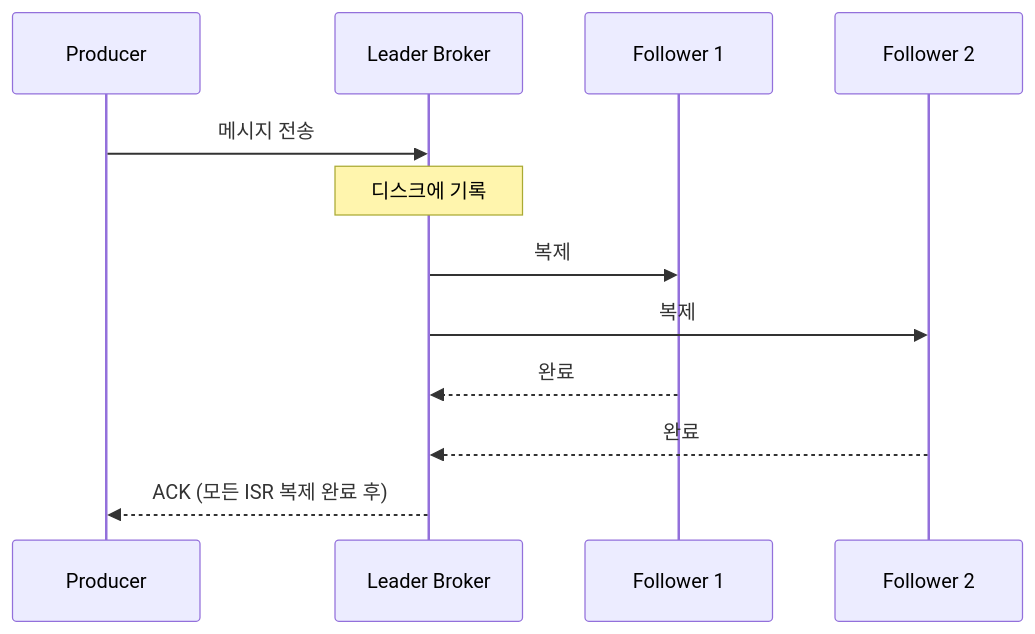
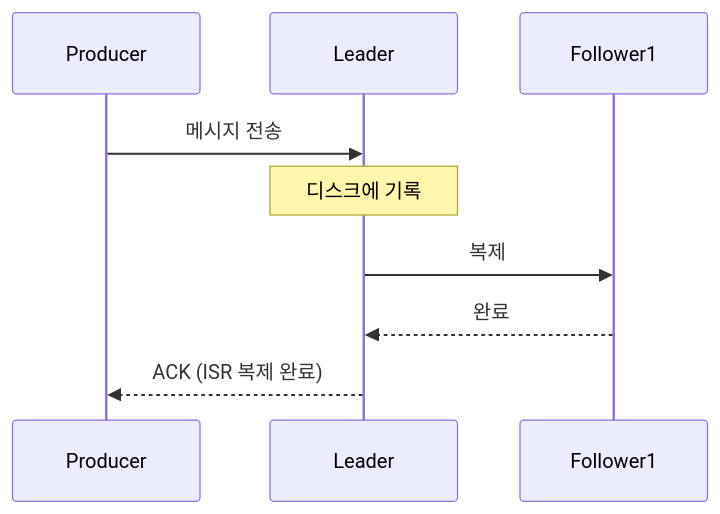
Before and after one commit to yjkim2015/yjkim2015.github.io: diagram 16 of 17 in _posts/kafka/2026-05-01-kafka-fundamentals.md, drawn with Mermaid. The commit also changed other lines of this file and 155 other files, not shown here.

First line of the commit message:
Mermaid 전면 수정: subgraph 제거, participant/노드/줄수 축소 (342블록)

````diff
--- a/_posts/kafka/2026-05-01-kafka-fundamentals.md
+++ b/_posts/kafka/2026-05-01-kafka-fundamentals.md
@@ -529,14 +487,11 @@
 ```mermaid
 sequenceDiagram
     participant P as Producer
-    participant L as Leader Broker
-    participant F1 as Follower 1
-    participant F2 as Follower 2
+    participant L as Leader
+    participant F1 as Follower1
     P->>L: 메시지 전송
     Note over L: 디스크에 기록
     L->>F1: 복제
-    L->>F2: 복제
     F1-->>L: 완료
-    F2-->>L: 완료
-    L-->>P: ACK (모든 ISR 복제 완료 후)
+    L-->>P: ACK (ISR 복제 완료)
 ```
````
